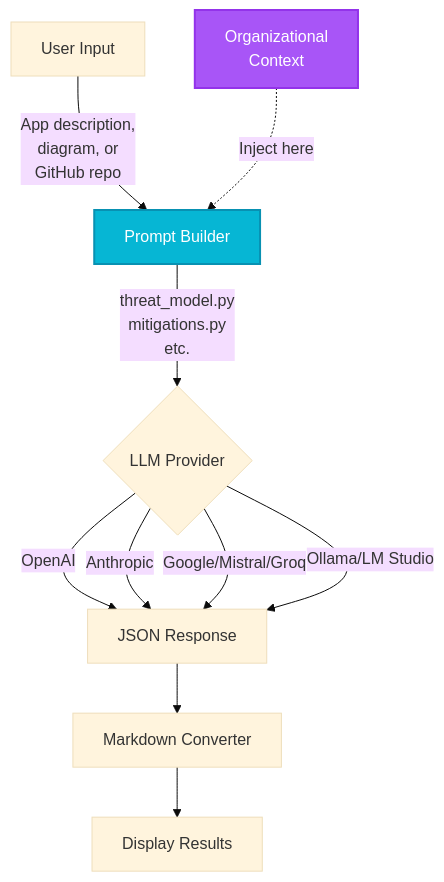
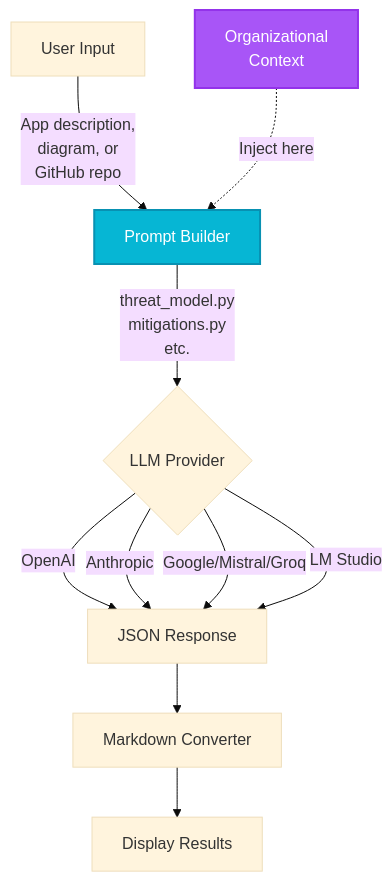
The first of 7 diagrams in docs/operationalization-guide.md (mrwadams/stride-gpt), drawn with Mermaid (base theme) before and after one commit. The commit also changed other lines of this file and 19 other files, not shown here.

First line of the commit message:
refactor: Remove Ollama provider — LM Studio covers local LLM support

````diff
--- a/docs/operationalization-guide.md
+++ b/docs/operationalization-guide.md
@@ -15,16 +15,16 @@
 ```mermaid
 flowchart TD
     A[User Input] -->|App description,<br/>diagram, or<br/>GitHub repo| B[Prompt Builder]
     B -->|threat_model.py<br/>mitigations.py<br/>etc.| C{LLM Provider}
     C -->|OpenAI| D[JSON Response]
     C -->|Anthropic| D
     C -->|Google/Mistral/Groq| D
-    C -->|Ollama/LM Studio| D
+    C -->|LM Studio| D
     D --> E[Markdown Converter]
     E --> F[Display Results]
 
     G[Organizational<br/>Context] -.->|Inject here| B
 
     style G fill:#A855F7,stroke:#9333EA,stroke-width:2px,color:#fff
     style B fill:#06B6D4,stroke:#0891B2,stroke-width:2px,color:#fff
 ```
````
